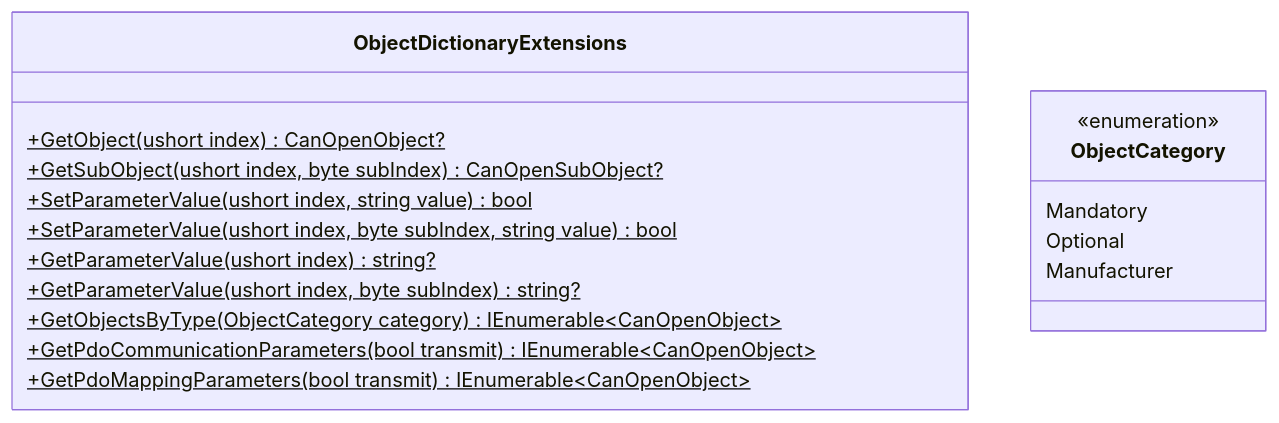
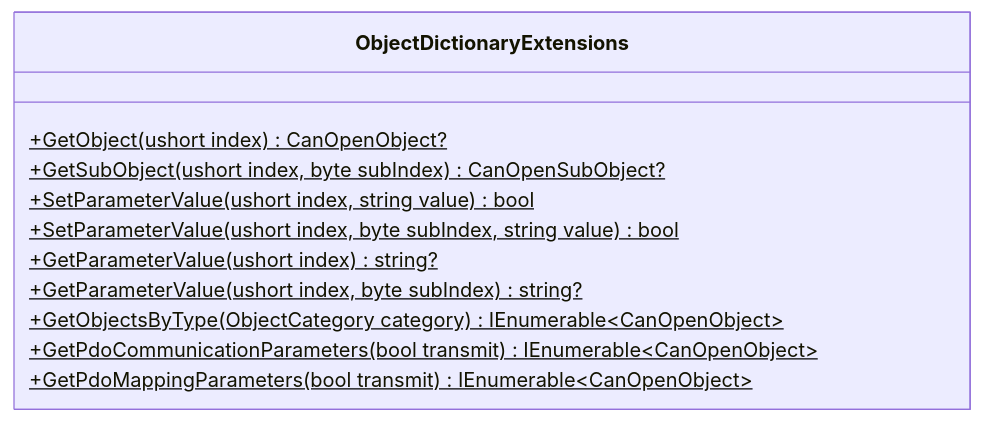
One commit to dborgards/eds-dcf-net changed the sixth of 7 diagrams in docs/architecture/05-building-block-view.md. Above: the diagram before and after it, drawn with Mermaid. The commit also changed other lines of this file and 14 other files, not shown here.

Commit message:
docs: align readme and architecture with current format support (#65)

````diff
--- a/docs/architecture/05-building-block-view.md
+++ b/docs/architecture/05-building-block-view.md
@@ -339,21 +210,14 @@
 ```mermaid
 classDiagram
     class ObjectDictionaryExtensions {
         +GetObject(ushort index) CanOpenObject?$
         +GetSubObject(ushort index, byte subIndex) CanOpenSubObject?$
         +SetParameterValue(ushort index, string value) bool$
         +SetParameterValue(ushort index, byte subIndex, string value) bool$
         +GetParameterValue(ushort index) string?$
         +GetParameterValue(ushort index, byte subIndex) string?$
         +GetObjectsByType(ObjectCategory category) IEnumerable~CanOpenObject~$
         +GetPdoCommunicationParameters(bool transmit) IEnumerable~CanOpenObject~$
         +GetPdoMappingParameters(bool transmit) IEnumerable~CanOpenObject~$
     }
-
-    class ObjectCategory {
-        <<enumeration>>
-        Mandatory
-        Optional
-        Manufacturer
-    }
 ```
````
